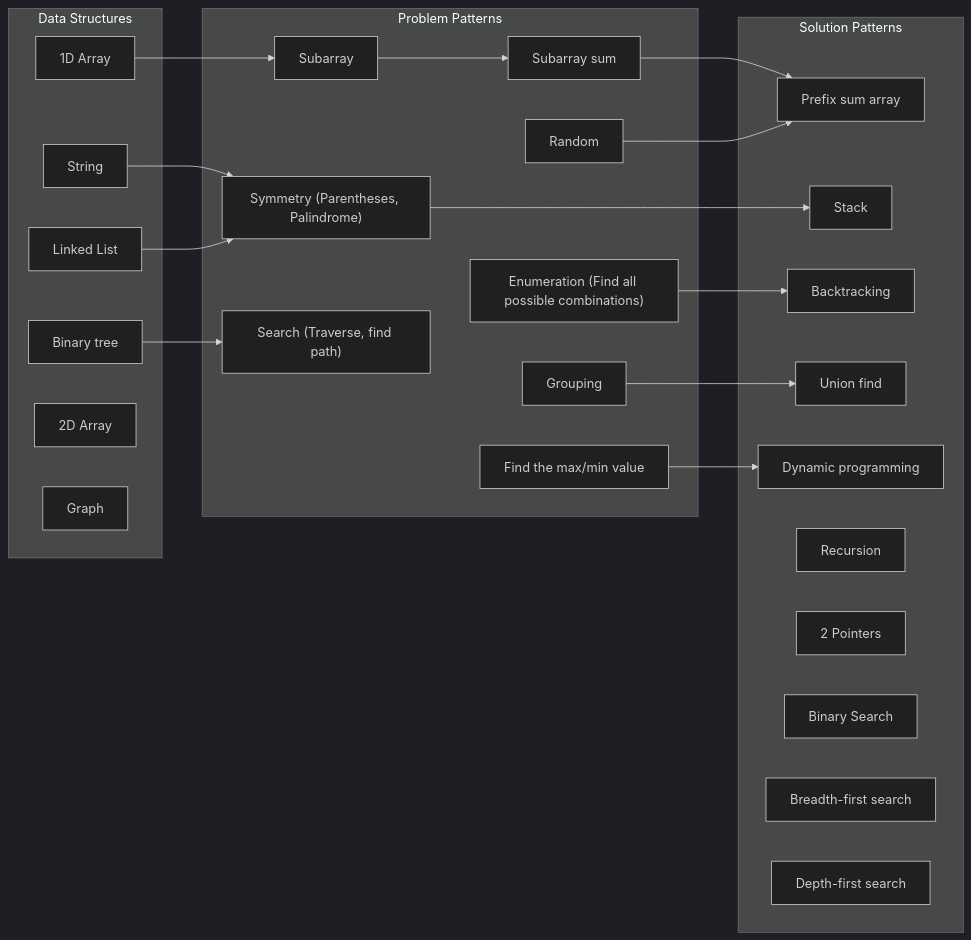
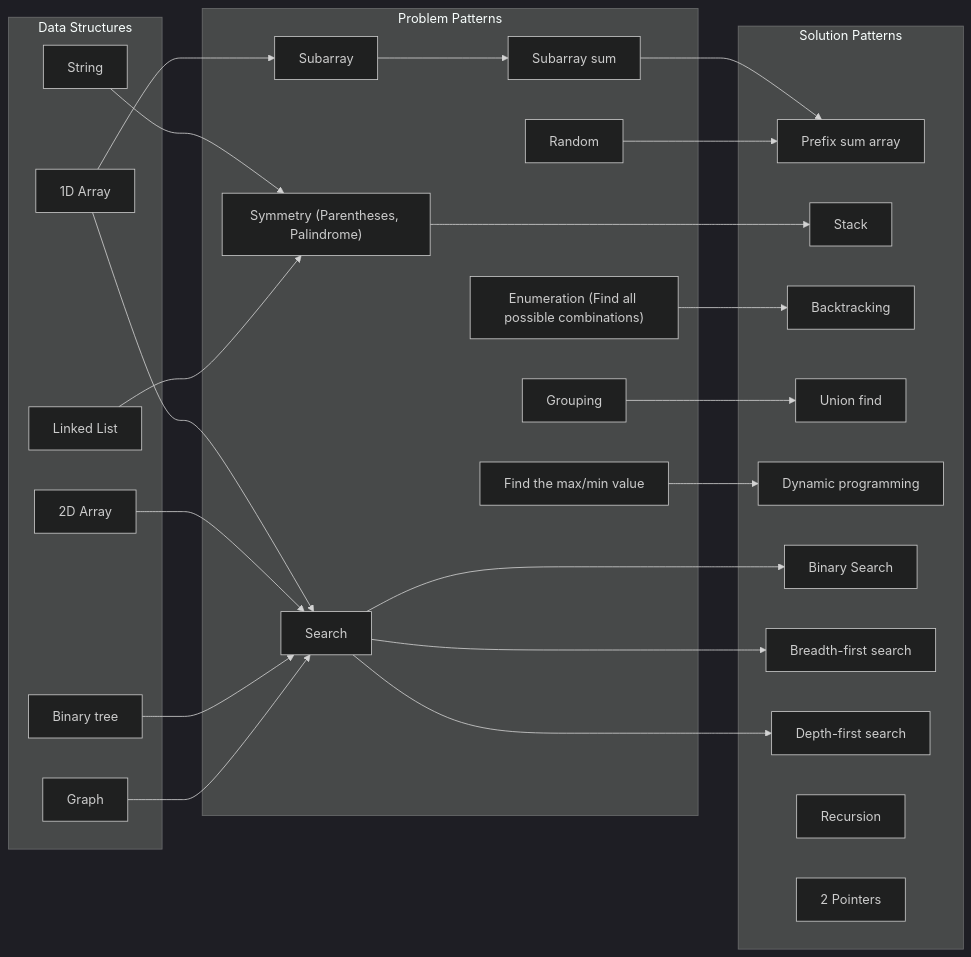
One commit to wuyichen24/coding-interview changed the diagram in README.md. Above: the diagram before and after it, drawn with Mermaid (dark theme).

````diff
--- a/README.md
+++ b/README.md
@@ -103,52 +103,58 @@
 ```mermaid
 flowchart LR
    %% data structure --> problem
    1DA-->SA
+   1DA-->SC
+   2DA-->SC
    ST-->SY
    LL-->SY
    BIT-->SC
+   GP-->SC
    
    %% problem --> solution
    SAS-->PSA
    SY-->SK
    EN-->BT
    GPG-->UF
    RD-->PSA
    FMM-->DP
+   SC-->BS
+   SC-->BFS
+   SC-->DFS
 
    %% problem internal
    SA-->SAS
 
    subgraph datastructureSG ["Data Structures"]
       1DA["1D Array"]
       2DA["2D Array"]
       LL["Linked List"]
       ST["String"]
       BIT["Binary tree"]
       GP["Graph"]
    end
 
    subgraph problemSG ["Problem Patterns"]
       SA["Subarray"]
       SAS["Subarray sum"]
       SY["Symmetry (Parentheses, Palindrome)"]
       EN["Enumeration (Find all possible combinations)"]
-      SC["Search (Traverse, find path)"]
+      SC["Search"]
       GPG["Grouping"]
       RD["Random"]
       FMM["Find the max/min value"]
    end
 
    subgraph solutionSG [Solution Patterns]
       PSA["Prefix sum array"]
       RC["Recursion"]
       2P["2 Pointers"]
       SK["Stack"]
       BT["Backtracking"]
       BS["Binary Search"]
       BFS["Breadth-first search"]
       DFS["Depth-first search"]
       UF["Union find"]
       DP["Dynamic programming"]
    end
 ```
````
